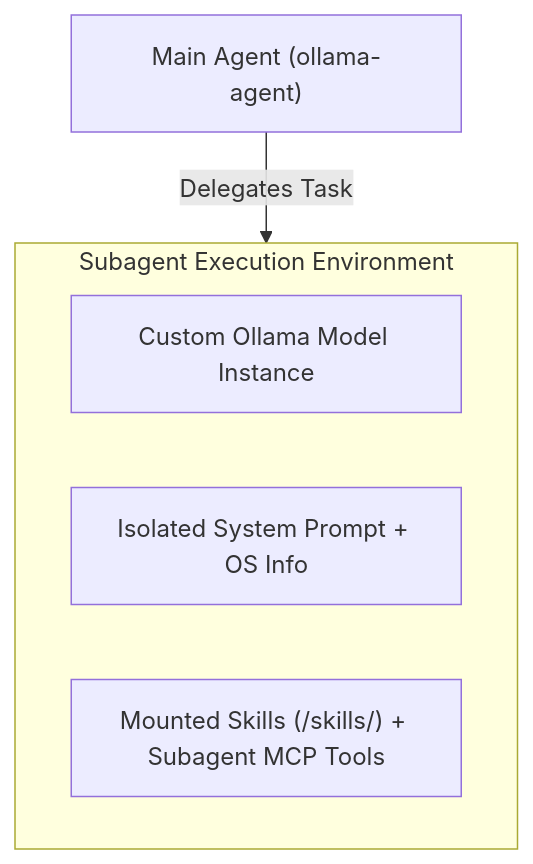
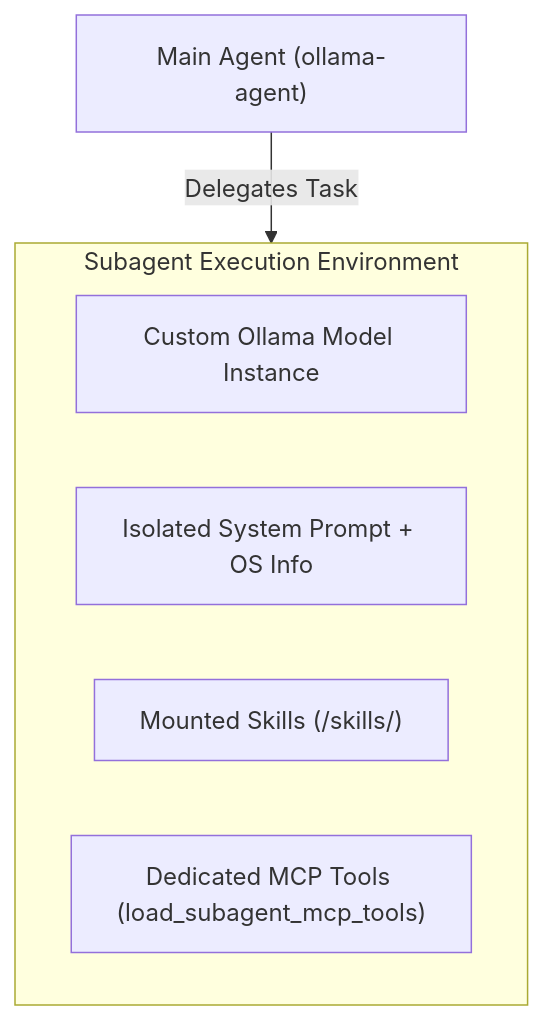
The second of 2 diagrams in docs/mcp_subagents.md (arrase/ollama-agent), drawn with Mermaid before and after one commit. The commit also changed other lines of this file and 9 other files, not shown here.

````diff
--- a/docs/mcp_subagents.md
+++ b/docs/mcp_subagents.md
@@ -122,10 +96,11 @@
 ```mermaid
 flowchart TD
     MainAgent["Main Agent (ollama-agent)"] -->|Delegates Task| SubagentGraph["Subagent Graph"]
     
     subgraph SubagentGraph ["Subagent Execution Environment"]
         SubModel["Custom Ollama Model Instance"]
         SubPrompt["Isolated System Prompt + OS Info"]
-        SubTools["Mounted Skills (/skills/) + Subagent MCP Tools"]
+        SubSkills["Mounted Skills (/skills/)"]
+        SubMCP["Dedicated MCP Tools (load_subagent_mcp_tools)"]
     end
 ```
````
